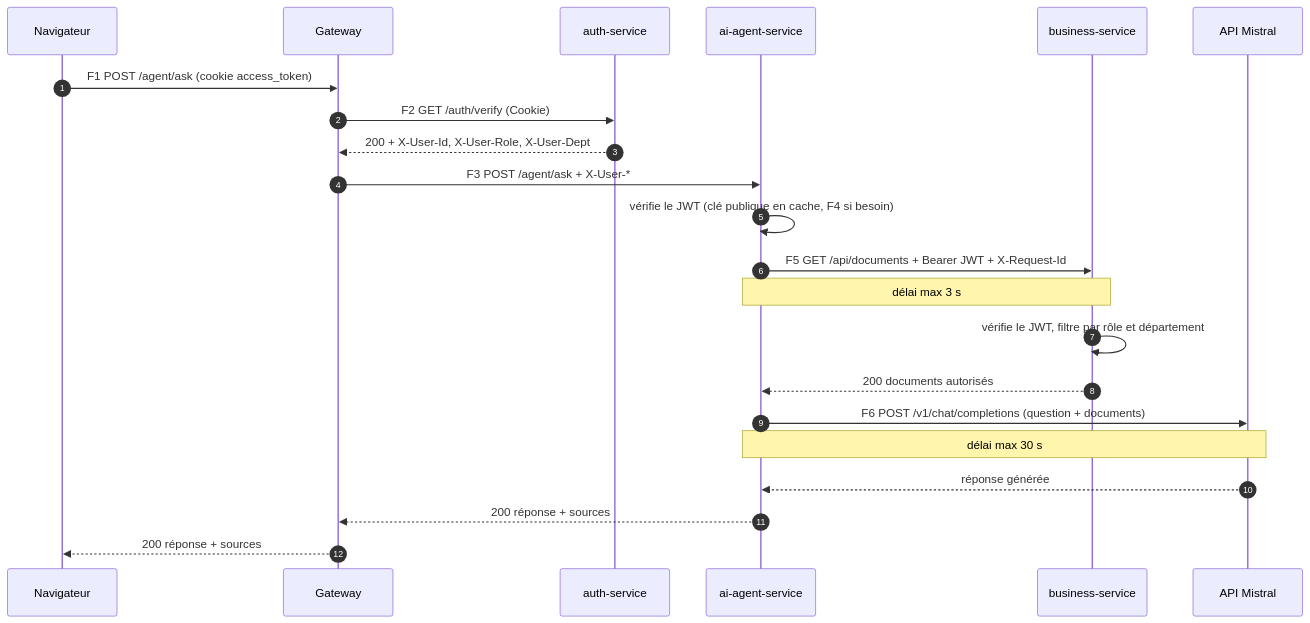
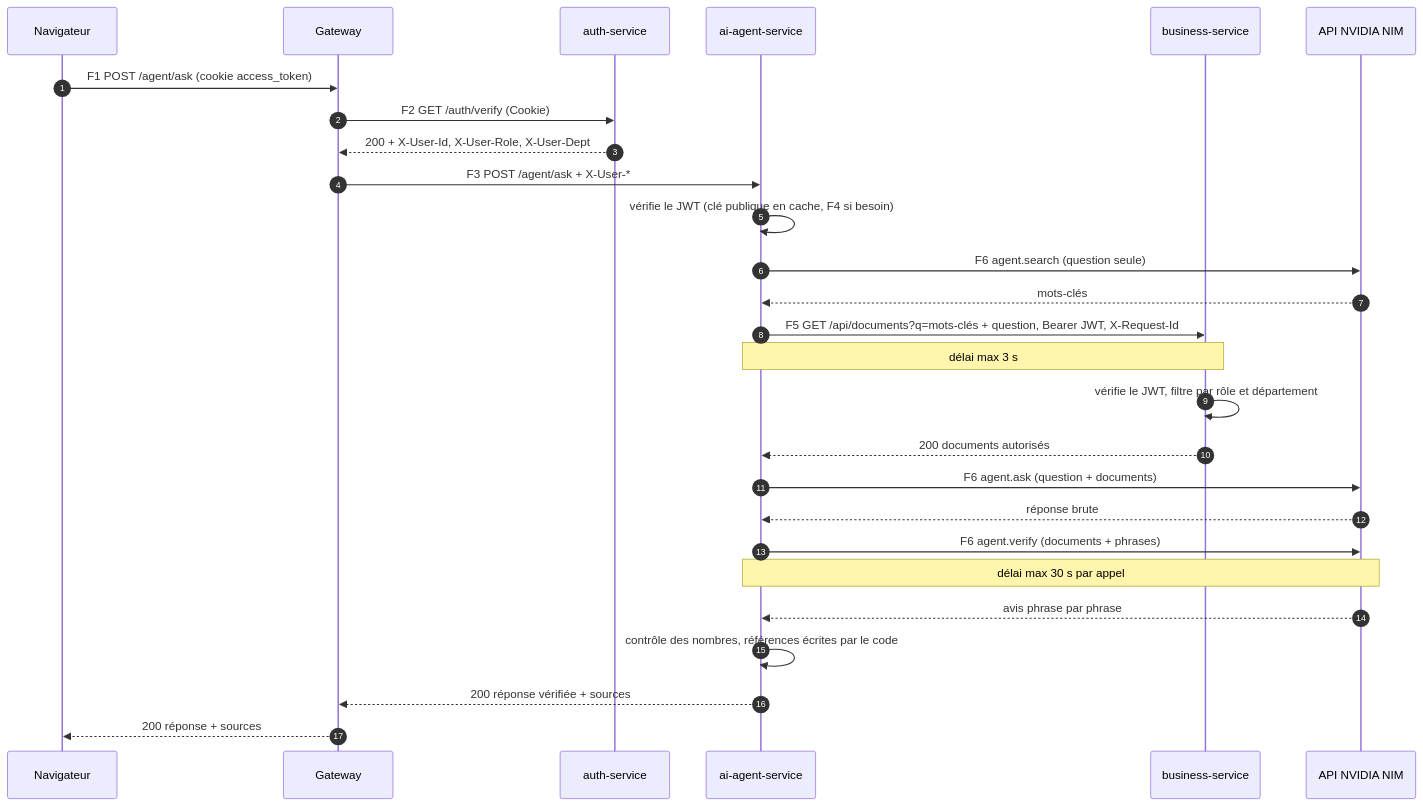
One commit to fraustiz/microservices-hub changed the diagram in docs/interconnexion.md. Above: the diagram before and after it, drawn with Mermaid. The commit also changed other lines of this file and 74 other files, not shown here.

````diff
--- a/docs/interconnexion.md
+++ b/docs/interconnexion.md
@@ -156,24 +164,29 @@
 ```mermaid
 sequenceDiagram
   autonumber
   participant B as Navigateur
   participant G as Gateway
   participant A as auth-service
   participant I as ai-agent-service
   participant S as business-service
-  participant M as API Mistral
+  participant M as API NVIDIA NIM
   B->>G: F1 POST /agent/ask (cookie access_token)
   G->>A: F2 GET /auth/verify (Cookie)
   A-->>G: 200 + X-User-Id, X-User-Role, X-User-Dept
   G->>I: F3 POST /agent/ask + X-User-*
   I->>I: vérifie le JWT (clé publique en cache, F4 si besoin)
-  I->>S: F5 GET /api/documents + Bearer JWT + X-Request-Id
+  I->>M: F6 agent.search (question seule)
+  M-->>I: mots-clés
+  I->>S: F5 GET /api/documents?q=mots-clés + question, Bearer JWT, X-Request-Id
   Note over I,S: délai max 3 s
   S->>S: vérifie le JWT, filtre par rôle et département
   S-->>I: 200 documents autorisés
-  I->>M: F6 POST /v1/chat/completions (question + documents)
-  Note over I,M: délai max 30 s
-  M-->>I: réponse générée
-  I-->>G: 200 réponse + sources
+  I->>M: F6 agent.ask (question + documents)
+  M-->>I: réponse brute
+  I->>M: F6 agent.verify (documents + phrases)
+  Note over I,M: délai max 30 s par appel
+  M-->>I: avis phrase par phrase
+  I->>I: contrôle des nombres, références écrites par le code
+  I-->>G: 200 réponse vérifiée + sources
   G-->>B: 200 réponse + sources
 ```
````
